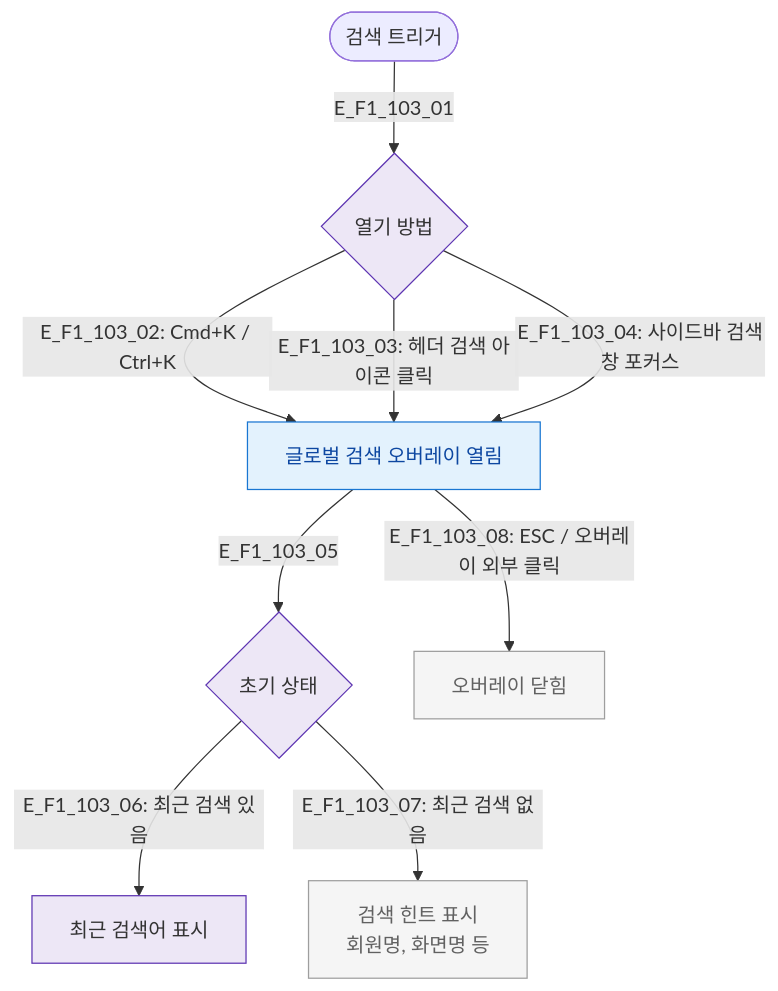
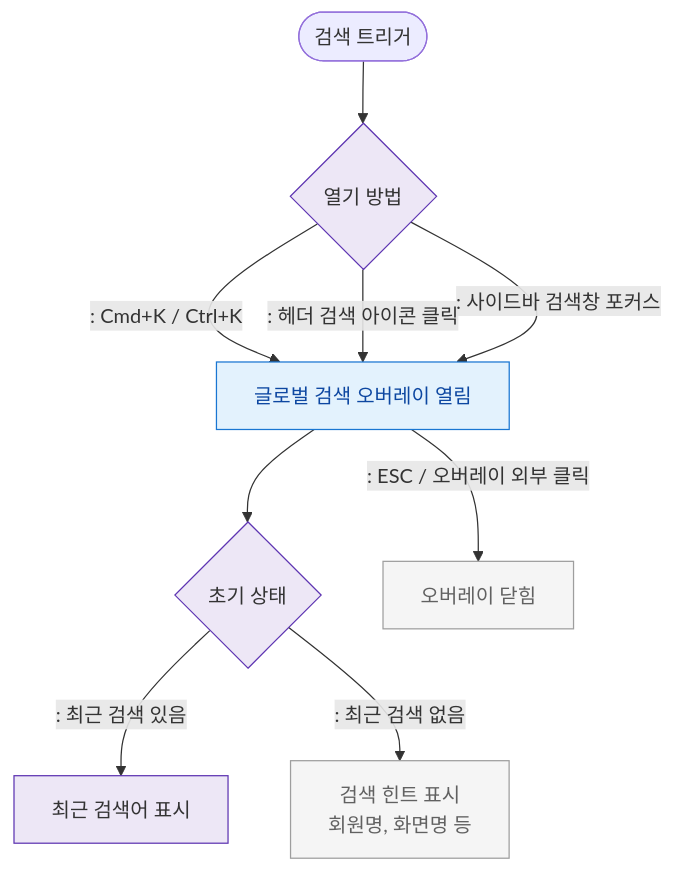
The diagram in docs/다이어그램/D01_공통/SCR-103_글로벌검색/F1_진입.md (dev-spogym/admin-pando), drawn with Mermaid before and after one commit. The commit also changed other lines of this file and 1660 other files, not shown here.

First line of the commit message:
다이어그램: 기획자/클라이언트 납품본으로 정리

````diff
--- a/docs/다이어그램/D01_공통/SCR-103_글로벌검색/F1_진입.md
+++ b/docs/다이어그램/D01_공통/SCR-103_글로벌검색/F1_진입.md
@@ -19,21 +17,21 @@
 ```mermaid
 flowchart TD
-    TRIGGER([검색 트리거]) -->|E_F1_103_01| OPEN_METHOD{열기 방법}
+    TRIGGER([검색 트리거]) --> OPEN_METHOD{열기 방법}
 
-    OPEN_METHOD -->|"E_F1_103_02: Cmd+K / Ctrl+K"| OVERLAY[글로벌 검색 오버레이 열림]
-    OPEN_METHOD -->|"E_F1_103_03: 헤더 검색 아이콘 클릭"| OVERLAY
-    OPEN_METHOD -->|"E_F1_103_04: 사이드바 검색창 포커스"| OVERLAY
+    OPEN_METHOD -->|": Cmd+K / Ctrl+K"|OVERLAY[글로벌 검색 오버레이 열림]
+    OPEN_METHOD -->|": 헤더 검색 아이콘 클릭"|OVERLAY
+    OPEN_METHOD -->|": 사이드바 검색창 포커스"|OVERLAY
 
-    OVERLAY -->|E_F1_103_05| INIT_STATE{초기 상태}
-    INIT_STATE -->|"E_F1_103_06: 최근 검색 있음"| RECENT[최근 검색어 표시]
-    INIT_STATE -->|"E_F1_103_07: 최근 검색 없음"| EMPTY_HINT[검색 힌트 표시\n회원명, 화면명 등]
+    OVERLAY --> INIT_STATE{초기 상태}
+    INIT_STATE -->|": 최근 검색 있음"|RECENT[최근 검색어 표시]
+    INIT_STATE -->|": 최근 검색 없음"|EMPTY_HINT[검색 힌트 표시\n회원명, 화면명 등]
 
-    OVERLAY -->|"E_F1_103_08: ESC / 오버레이 외부 클릭"| CLOSE[오버레이 닫힘]
+    OVERLAY -->|": ESC / 오버레이 외부 클릭"|CLOSE[오버레이 닫힘]
 
-    classDef screen  fill:#E3F2FD,stroke:#1976D2,color:#0D47A1
-    classDef system  fill:#EDE7F6,stroke:#5E35B2
+    classDef screen fill:#E3F2FD,stroke:#1976D2,color:#0D47A1
+    classDef system fill:#EDE7F6,stroke:#5E35B2
     classDef rbacBlocked fill:#F5F5F5,stroke:#9E9E9E,color:#616161
     class OVERLAY screen
     class OPEN_METHOD,INIT_STATE,RECENT system
     class EMPTY_HINT,CLOSE rbacBlocked
 ```
````
